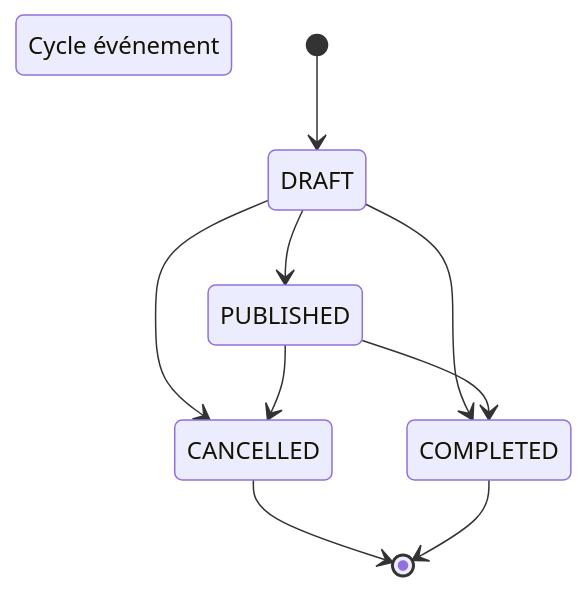
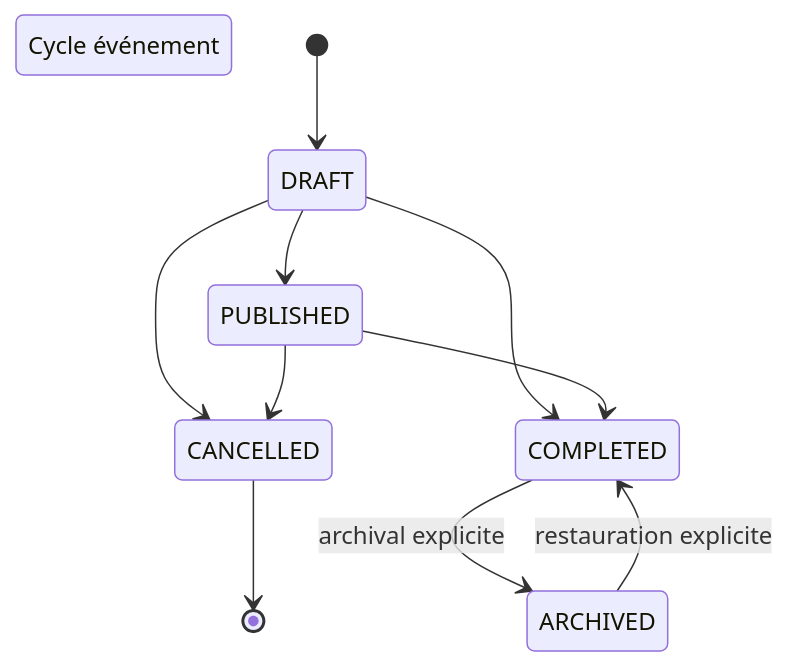
One commit to imani08/invitflow changed the diagram in docs/01-architecture/diagrams/sources/event-domain-lifecycle.mmd. Above: the diagram before and after it, drawn with Mermaid. The commit also changed 20 other files, not shown here.

```diff
--- a/docs/01-architecture/diagrams/sources/event-domain-lifecycle.mmd
+++ b/docs/01-architecture/diagrams/sources/event-domain-lifecycle.mmd
@@ -1,10 +1,11 @@
 stateDiagram-v2
     title: Cycle événement
     [*] --> DRAFT
     DRAFT --> PUBLISHED
     DRAFT --> CANCELLED
     DRAFT --> COMPLETED
     PUBLISHED --> CANCELLED
     PUBLISHED --> COMPLETED
     CANCELLED --> [*]
-    COMPLETED --> [*]
+    COMPLETED --> ARCHIVED: archival explicite
+    ARCHIVED --> COMPLETED: restauration explicite
```
